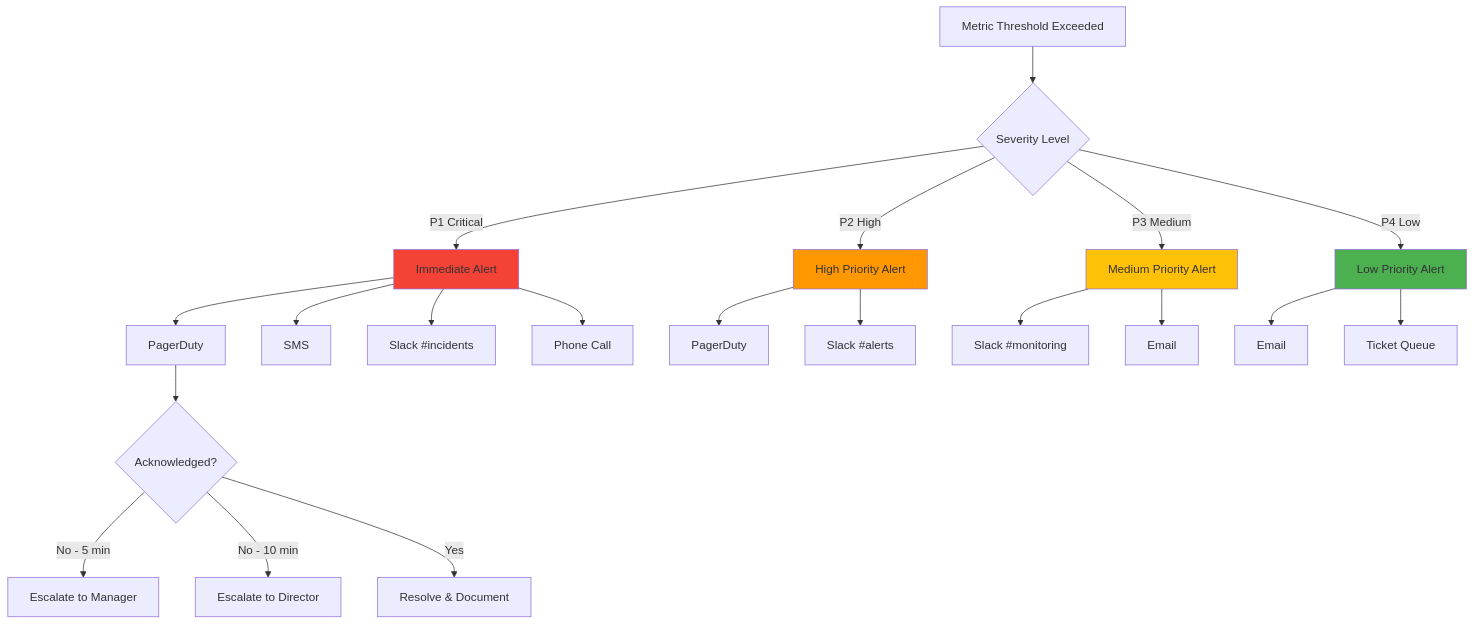
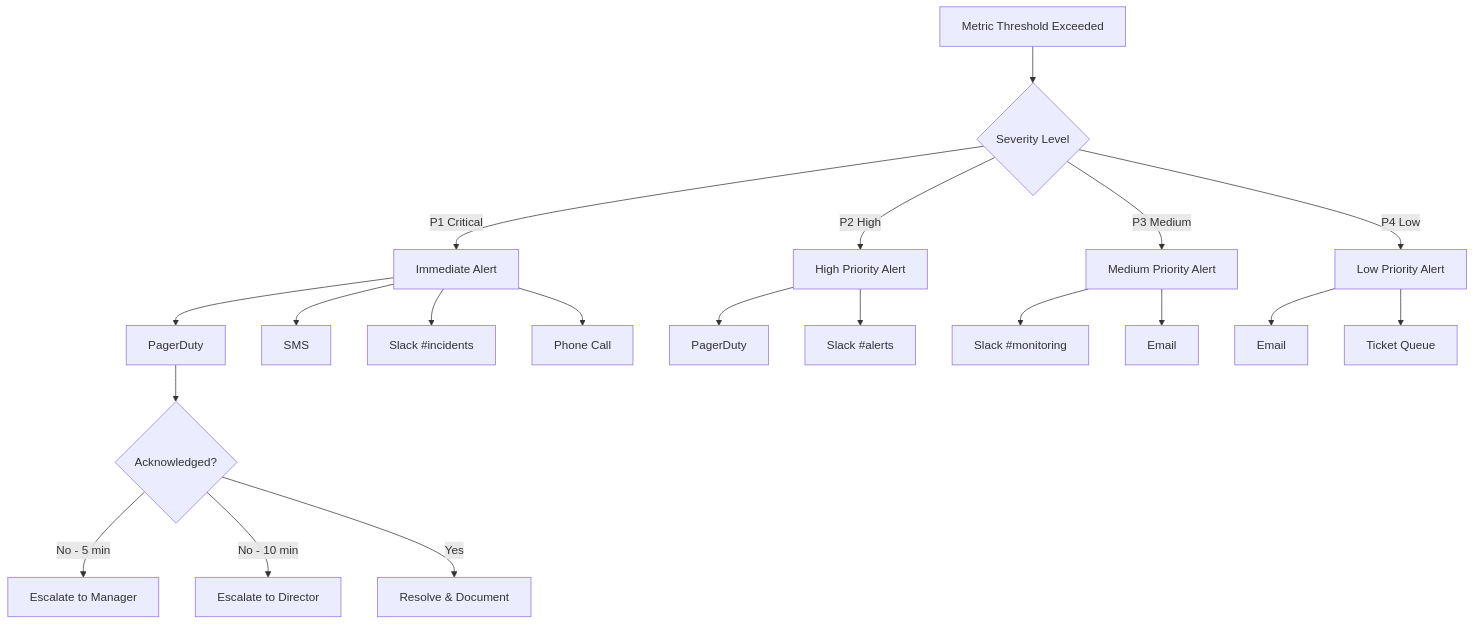
The sixth of 13 diagrams in api-gateways/docs/monitoring.md (Ritahchanger/system_design), drawn with Mermaid before and after one commit. The commit also changed 29 other files, not shown here.

Commit message:
Updated infrastructure architecture, CI/CD, containerization, monitoring, networking, and security documentation

````diff
--- a/api-gateways/docs/monitoring.md
+++ b/api-gateways/docs/monitoring.md
@@ -587,33 +587,28 @@
 ```mermaid
 graph TB
     A[Metric Threshold Exceeded] --> B{Severity Level}
     
     B -->|P1 Critical| C1[Immediate Alert]
     B -->|P2 High| C2[High Priority Alert]
     B -->|P3 Medium| C3[Medium Priority Alert]
     B -->|P4 Low| C4[Low Priority Alert]
     
     C1 --> D1[PagerDuty]
     C1 --> D2[SMS]
     C1 --> D3[Slack #incidents]
     C1 --> D4[Phone Call]
     
     C2 --> E1[PagerDuty]
     C2 --> E2[Slack #alerts]
     
     C3 --> F1[Slack #monitoring]
     C3 --> F2[Email]
     
     C4 --> G1[Email]
     C4 --> G2[Ticket Queue]
     
     D1 --> H{Acknowledged?}
     H -->|No - 5 min| I[Escalate to Manager]
     H -->|No - 10 min| J[Escalate to Director]
     H -->|Yes| K[Resolve & Document]
-    
-    style C1 fill:#F44336
-    style C2 fill:#FF9800
-    style C3 fill:#FFC107
-    style C4 fill:#4CAF50
 ```
````
